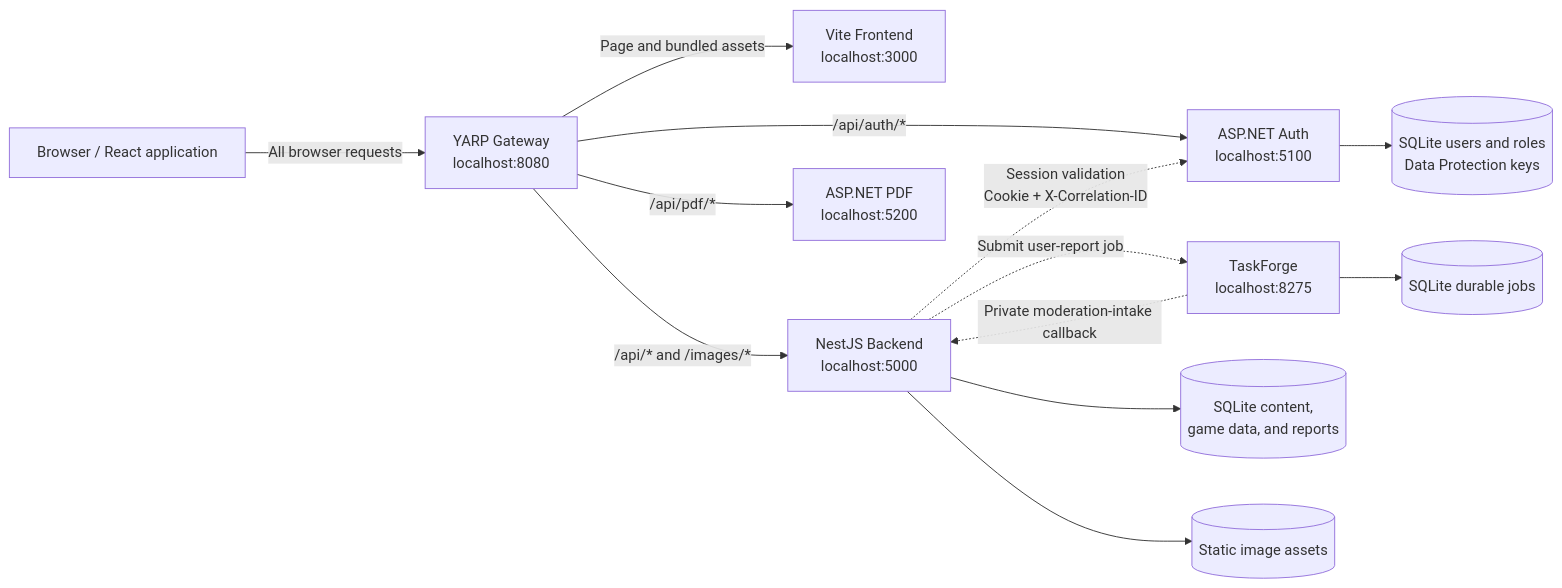
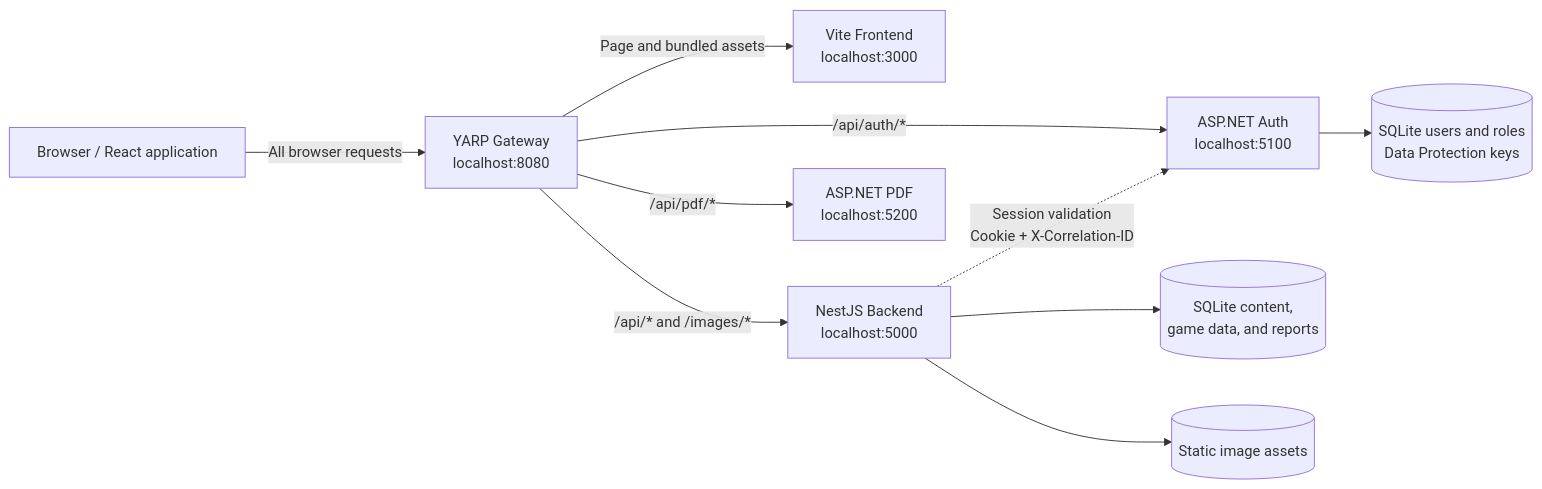
One commit to Arvence/WoWiki changed the first of 6 diagrams in docs/request-response-map.md. Above: the diagram before and after it, drawn with Mermaid. The commit also changed other lines of this file and 17 other files, not shown here.

Commit message:
refactor(reports): remove TaskForge integration

````diff
--- a/docs/request-response-map.md
+++ b/docs/request-response-map.md
@@ -8,28 +8,23 @@
 ```mermaid
 flowchart LR
     Browser["Browser / React application"]
     Gateway["YARP Gateway<br/>localhost:8080"]
     Frontend["Vite Frontend<br/>localhost:3000"]
     Backend["NestJS Backend<br/>localhost:5000"]
     Auth["ASP.NET Auth<br/>localhost:5100"]
     Pdf["ASP.NET PDF<br/>localhost:5200"]
-    TaskForge["TaskForge<br/>localhost:8275"]
     AuthData[("SQLite users and roles<br/>Data Protection keys")]
     ContentData[("SQLite content,<br/>game data, and reports")]
-    JobData[("SQLite durable jobs")]
     Images[("Static image assets")]
 
     Browser -->|"All browser requests"| Gateway
     Gateway -->|"Page and bundled assets"| Frontend
     Gateway -->|"/api/* and /images/*"| Backend
     Gateway -->|"/api/auth/*"| Auth
     Gateway -->|"/api/pdf/*"| Pdf
 
     Backend -.->|"Session validation<br/>Cookie + X-Correlation-ID"| Auth
-    Backend -.->|"Submit user-report job"| TaskForge
-    TaskForge -.->|"Private moderation-intake callback"| Backend
     Auth --> AuthData
     Backend --> ContentData
-    TaskForge --> JobData
     Backend --> Images
 ```
````
